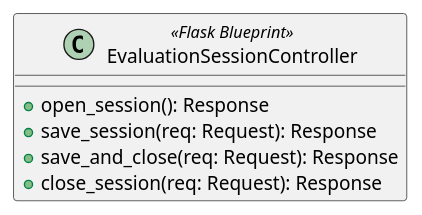
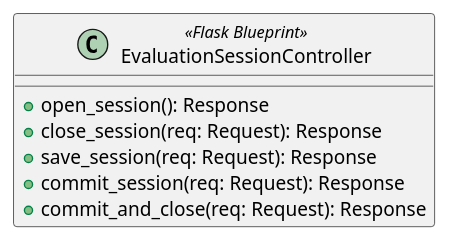
The diagram in src/PB/DocumentazioneEsterna/Specifica_Tecnica/content/uml/puml/Diagrammi_classi/Backend/InboundAdapters/EvaluationSessionController.puml (GroupRubberDuck/Documentazione), drawn with PlantUML before and after one commit. The commit also changed 28 other files, not shown here.

```diff
--- a/src/PB/DocumentazioneEsterna/Specifica_Tecnica/content/uml/puml/Diagrammi_classi/Backend/InboundAdapters/EvaluationSessionController.puml
+++ b/src/PB/DocumentazioneEsterna/Specifica_Tecnica/content/uml/puml/Diagrammi_classi/Backend/InboundAdapters/EvaluationSessionController.puml
@@ -1,10 +1,11 @@
 @startuml EvaluationSessionController
 
 class EvaluationSessionController <<Flask Blueprint>> {
     + open_session(): Response
+    + close_session(req: Request): Response
     + save_session(req: Request): Response
-    + save_and_close(req: Request): Response
-    + close_session(req: Request): Response
+    + commit_session(req: Request): Response
+    + commit_and_close(req: Request): Response
 }
 
 @enduml
```
